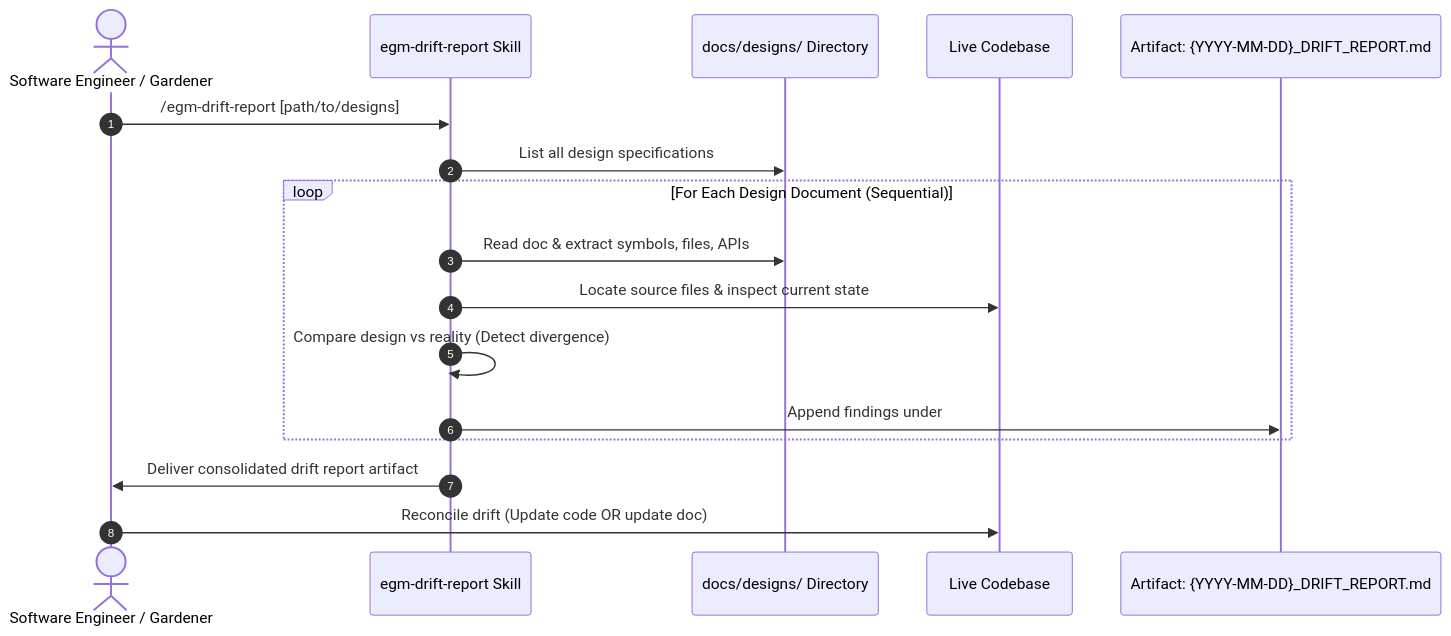
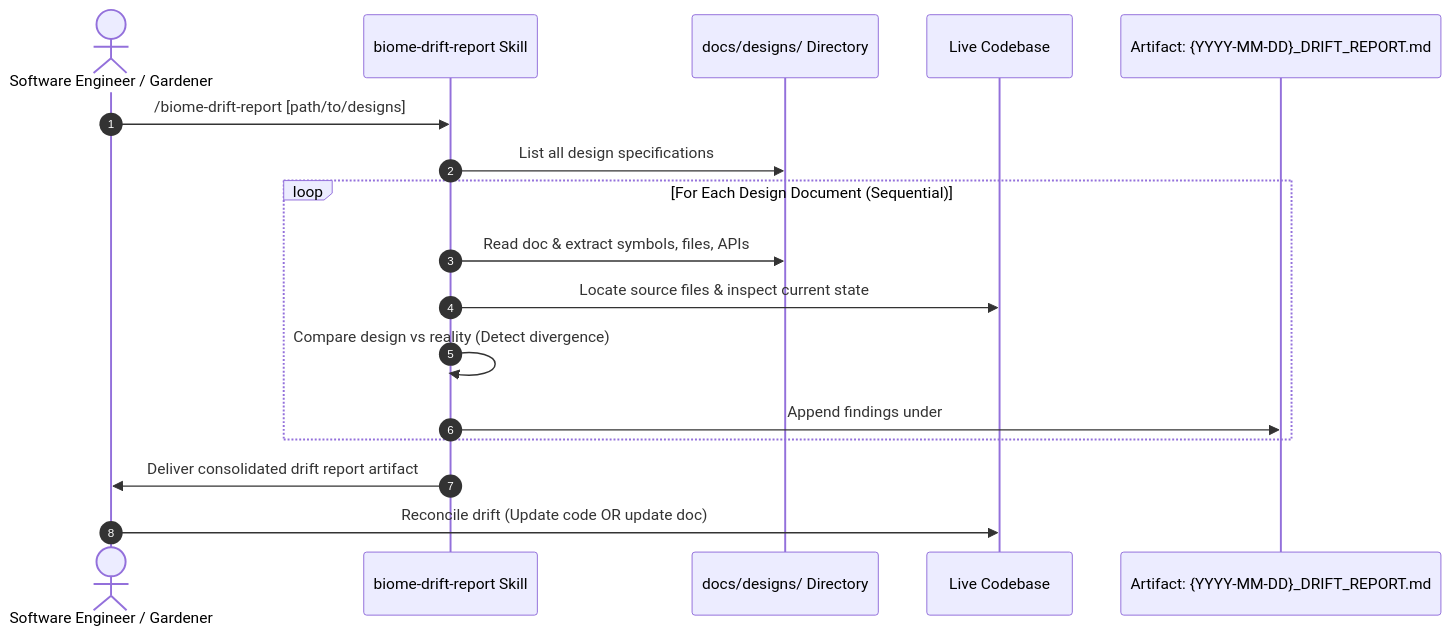
The diagram in docs/designs/drift_report.md (asteria-core/biome), drawn with Mermaid before and after one commit. The commit also changed other lines of this file and 204 other files, not shown here.

````diff
--- a/docs/designs/drift_report.md
+++ b/docs/designs/drift_report.md
@@ -38,20 +38,20 @@
 ```mermaid
 sequenceDiagram
     autonumber
     actor Human as Software Engineer / Gardener
-    participant DriftSkill as egm-drift-report Skill
+    participant DriftSkill as biome-drift-report Skill
     participant DesignDir as docs/designs/ Directory
     participant Codebase as Live Codebase
     participant Artifact as Artifact: {YYYY-MM-DD}_DRIFT_REPORT.md
 
-    Human->>DriftSkill: /egm-drift-report [path/to/designs]
+    Human->>DriftSkill: /biome-drift-report [path/to/designs]
     DriftSkill->>DesignDir: List all design specifications
     loop For Each Design Document (Sequential)
         DriftSkill->>DesignDir: Read doc & extract symbols, files, APIs
         DriftSkill->>Codebase: Locate source files & inspect current state
         DriftSkill->>DriftSkill: Compare design vs reality (Detect divergence)
         DriftSkill->>Artifact: Append findings under ## <DOC_NAME>
     end
     DriftSkill->>Human: Deliver consolidated drift report artifact
     Human->>Codebase: Reconcile drift (Update code OR update doc)
 ```
````
